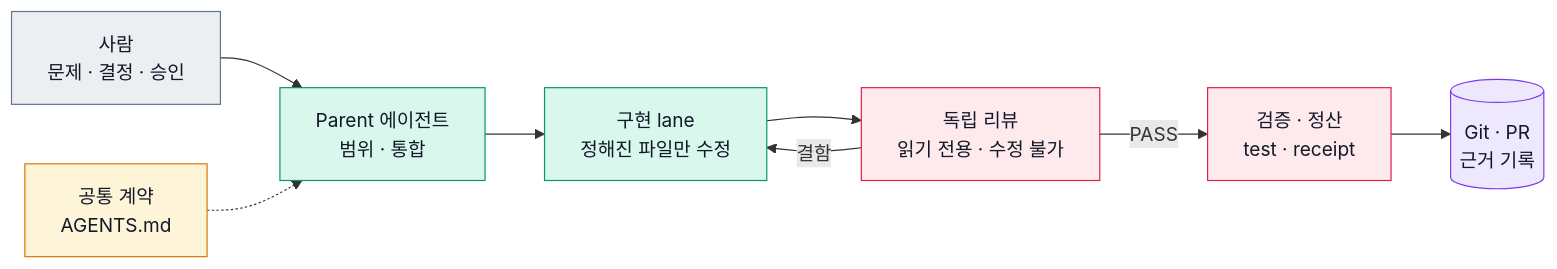
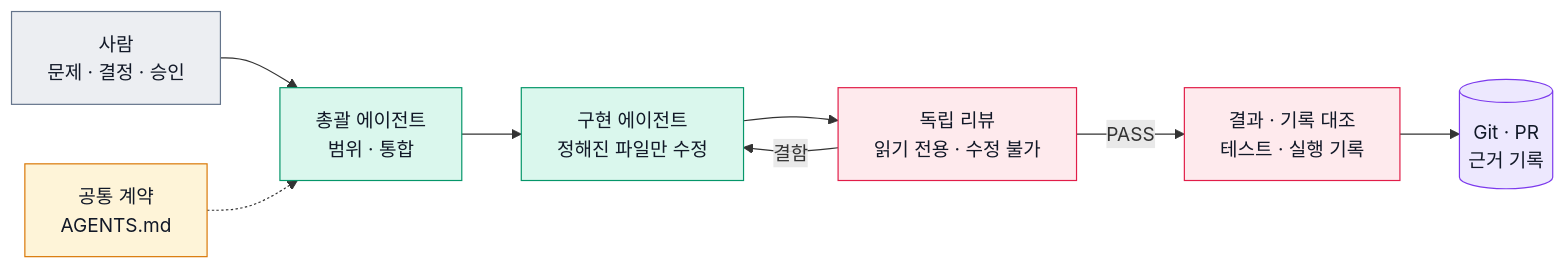
The second of 2 diagrams in README.md (woohyun365/dormduri), drawn with Mermaid before and after one commit. The commit also changed other lines of this file, not shown here.

Commit message:
docs(repo): README 하네스 구역의 내부 용어를 사람이 읽는 말로 바꾼다 #651
- Parent 에이전트 → 총괄 에이전트, 구현 lane → 구현 에이전트
- 그림의 '검증 · 정산 / test · receipt' → '결과 · 기록 대조 / 테스트 · 실행 기록'
- '결정적인 위반' → '규칙으로 판정할 수 있는 위반'

Directive: 용어는 포트폴리오와 같은 말로 맞춘다(Owner 결정); 다른 문서와 테스트가 요구하는 링크는 바꾸지 않는다
Tested: pnpm check:fast(lint-staged prettier)

````diff
--- a/README.md
+++ b/README.md
@@ -69,16 +69,16 @@
 ```mermaid
 flowchart LR
-    Owner[사람<br/>문제 · 결정 · 승인]:::external --> Lead[Parent 에이전트<br/>범위 · 통합]:::backend
+    Owner[사람<br/>문제 · 결정 · 승인]:::external --> Lead[총괄 에이전트<br/>범위 · 통합]:::backend
     Contract[공통 계약<br/>AGENTS.md]:::cloud -.-> Lead
-    Lead --> Writer[구현 lane<br/>정해진 파일만 수정]:::backend
+    Lead --> Writer[구현 에이전트<br/>정해진 파일만 수정]:::backend
     Writer --> Review[독립 리뷰<br/>읽기 전용 · 수정 불가]:::security
     Review -->|결함| Writer
-    Review -->|PASS| Verify[검증 · 정산<br/>test · receipt]:::security
+    Review -->|PASS| Verify[결과 · 기록 대조<br/>테스트 · 실행 기록]:::security
     Verify --> Record[(Git · PR<br/>근거 기록)]:::database
 
     classDef backend fill:#daf7ed,stroke:#059669,color:#111827
     classDef database fill:#ede8fe,stroke:#7c3aed,color:#111827
     classDef cloud fill:#fef4d8,stroke:#d97706,color:#111827
     classDef security fill:#feeaed,stroke:#e11d48,color:#111827
     classDef external fill:#eceef2,stroke:#64748b,color:#111827
 ```
````
